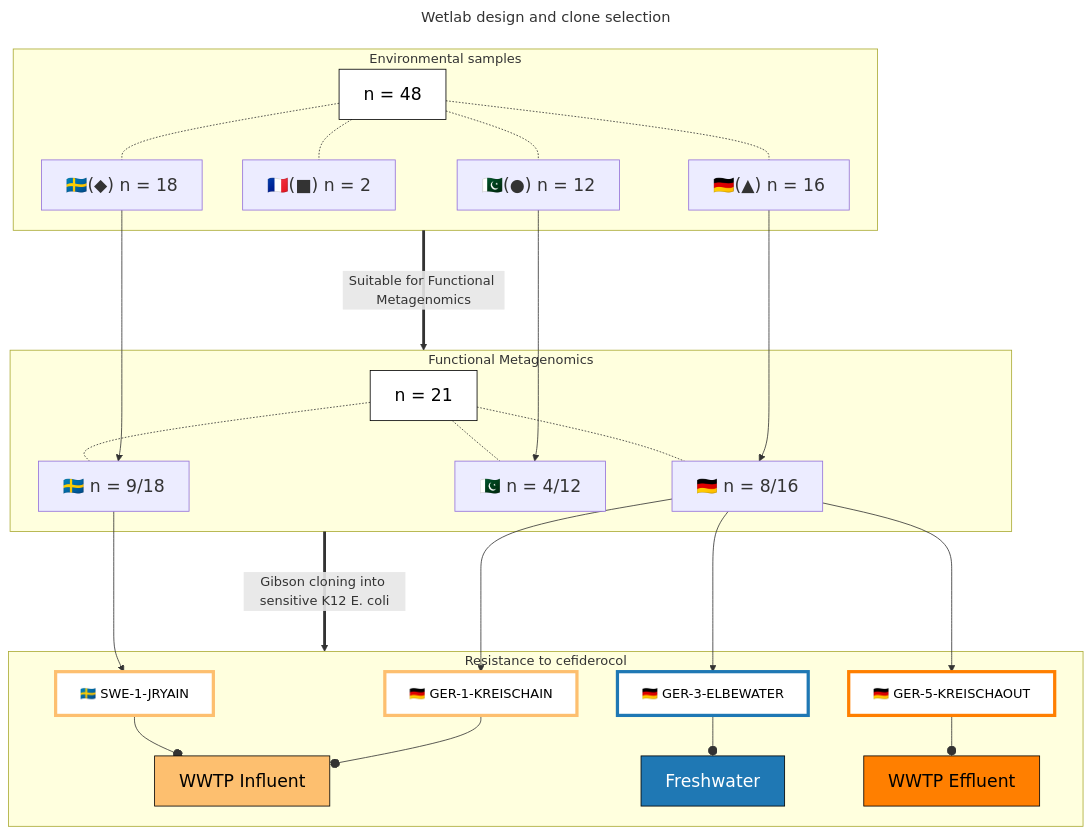
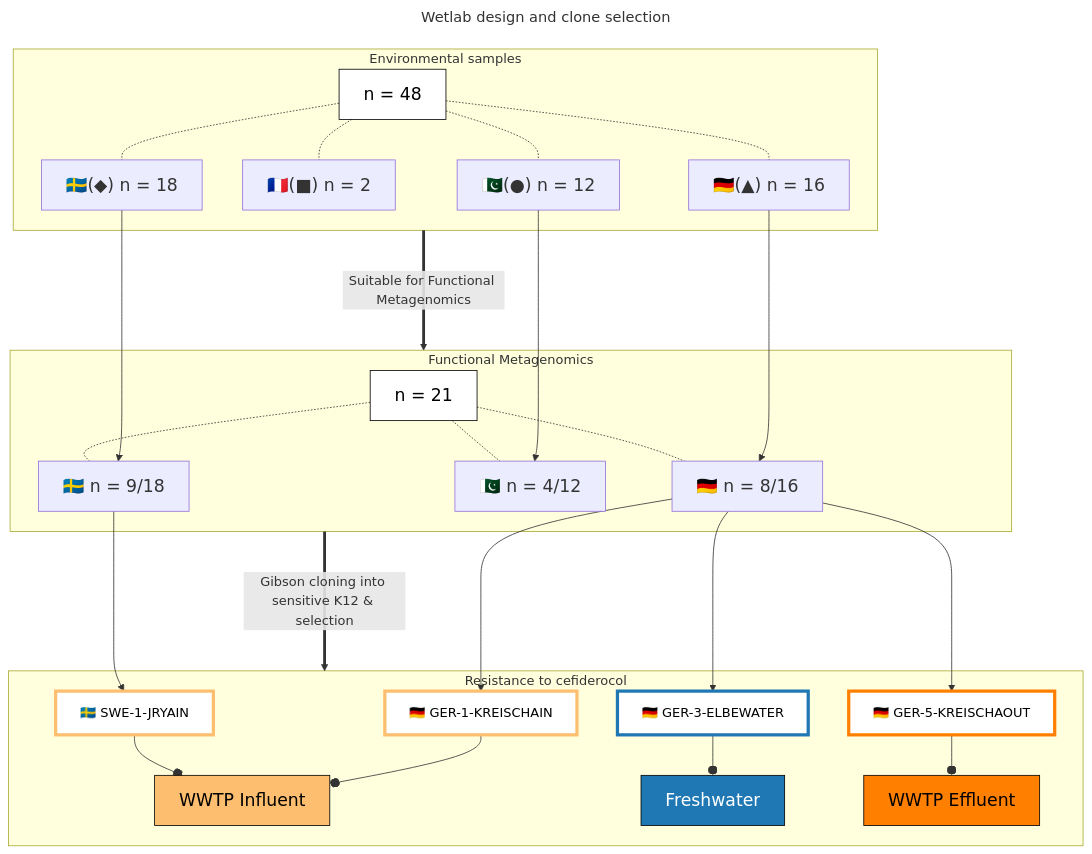
Before and after one commit to RemiGSC/Mgf_FDC: the first of 2 diagrams in README.md, drawn with Mermaid.

````diff
--- a/README.md
+++ b/README.md
@@ -9,64 +9,64 @@
 ```mermaid
 ---
 title: Wetlab design and clone selection
 ---
 
 graph TD
 	subgraph ev [Environmental samples]
 		A[n = 48] -.- A1["🇸🇪(◆) n = 18"]
 		A -.- A2["🇫🇷(■) n = 2"]
 		A -.- A3["🇩🇪(▲) n = 16"]
 		A -.- A4["🇵🇰(●) n = 12"]
 	end
 
 	subgraph fmg [Functional Metagenomics]
 		B[n = 21] -.- B1[🇸🇪 n = 9/18]
 		B -.- B3[🇩🇪 n = 8/16]
 		B -.- B4[🇵🇰 n = 4/12]
 	end
 
 	subgraph Rcef [Resistance to cefiderocol]
 			C1[🇸🇪 SWE-1-JRYAIN] --o WWIN[WWTP Influent]
 			C3a[🇩🇪 GER-1-KREISCHAIN] --o WWIN[WWTP Influent]
 			C3b[🇩🇪 GER-3-ELBEWATER] --o Fresh[Freshwater]
 			C3c[🇩🇪 GER-5-KREISCHAOUT] --o WWEF[WWTP Effluent]
 	end
 
 
 ev ==>|Suitable for Functional Metagenomics| fmg
 
-fmg ==>|Gibson cloning into sensitive K12 E. coli| Rcef
+fmg ==>|Gibson cloning into sensitive K12 & selection| Rcef
 
 A1 ----> B1
 A3 ----> B3
 A4 ----> B4
 
 B1 ---> C1
 B3 ---> C3a
 B3 ---> C3b
 B3 ---> C3c
 
 
 
 style A stroke:#000,fill:#fff,color:#000,font-size:110%
 style B stroke:#000,fill:#fff,color:#000,font-size:110%
 
 style A1 font-size:110%
 style A2 font-size:110%
 style A3 font-size:110%
 style A4 font-size:110%
 style B1 font-size:110%
 style B3 font-size:110%
 style B4 font-size:110%
 
 style C1 stroke:#fdbf6f,fill:#fff,color:#000,stroke-width:4px
 style C3a stroke:#fdbf6f,fill:#fff,color:#000,stroke-width:4px
 style C3b stroke:#1f78b4,fill:#fff,color:#000,stroke-width:4px
 style C3c stroke:#ff7f00,fill:#fff,color:#000,stroke-width:4px
 
 style WWIN stroke:#000,fill:#fdbf6f,color:#000, font-size:110%
 style Fresh stroke:#000,fill:#1f78b4,color:#fff,font-size:110%
 style WWEF stroke:#000,fill:#ff7f00,color:#000, font-size:110%
 
 
 ```
````
